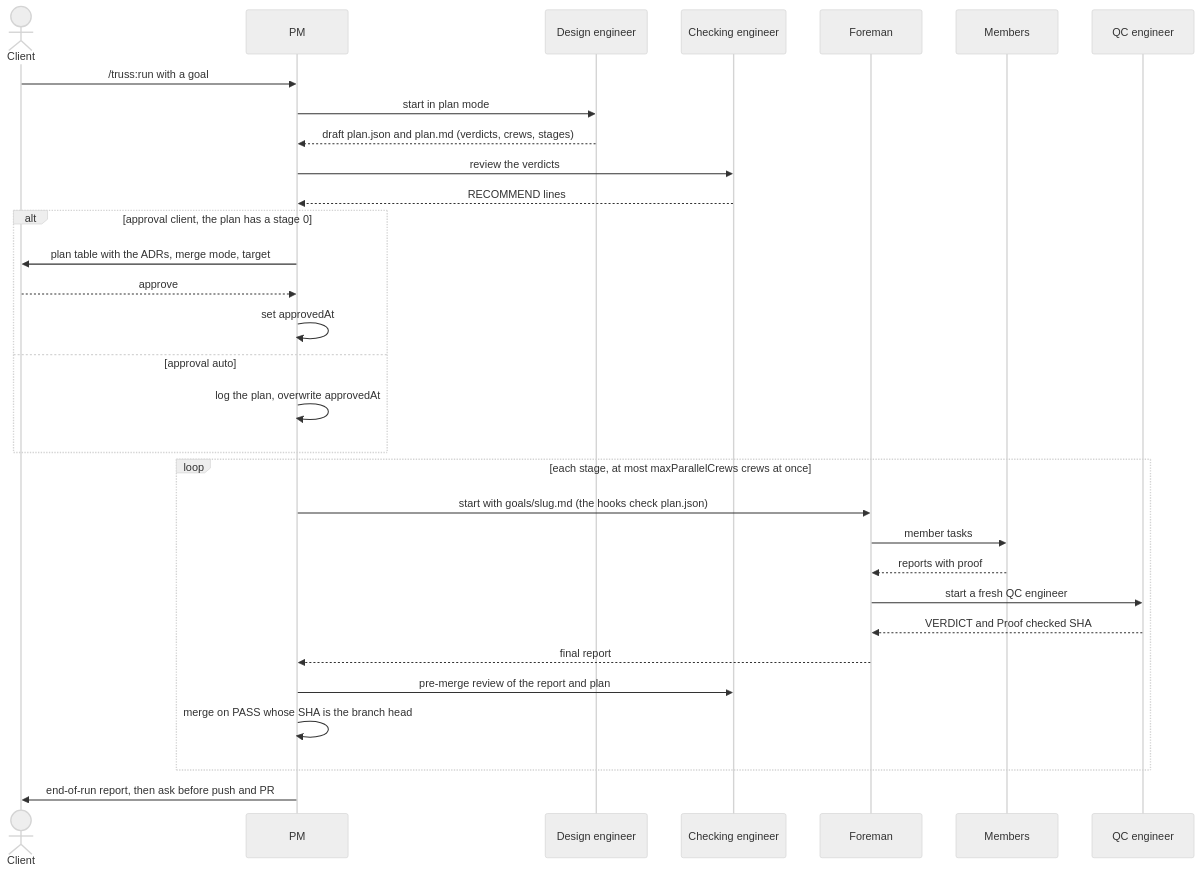
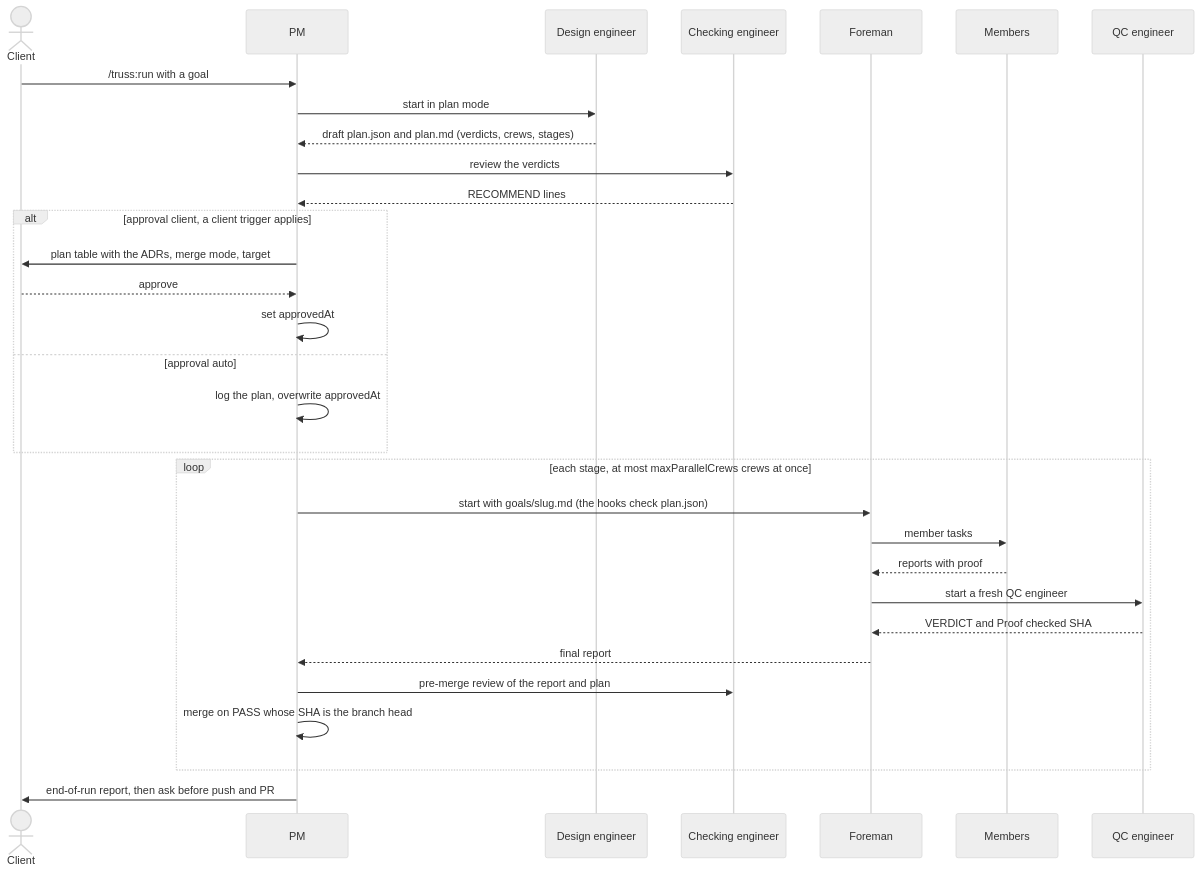
The fifth of 23 diagrams in plugins/truss/docs/architecture.md (AbhiramDwivedi/truss), drawn with Mermaid (neutral theme) before and after one commit. The commit also changed other lines of this file and 21 other files, not shown here.

````diff
--- a/plugins/truss/docs/architecture.md
+++ b/plugins/truss/docs/architecture.md
@@ -208,33 +208,33 @@
 ```mermaid
 sequenceDiagram
   actor Client
   participant F as PM
   participant A as Design engineer
   participant C as Checking engineer
   participant L as Foreman
   participant M as Members
   participant J as QC engineer
   Client->>F: /truss:run with a goal
   F->>A: start in plan mode
   A-->>F: draft plan.json and plan.md (verdicts, crews, stages)
   F->>C: review the verdicts
   C-->>F: RECOMMEND lines
-  alt approval client, the plan has a stage 0
+  alt approval client, a client trigger applies
     F->>Client: plan table with the ADRs, merge mode, target
     Client-->>F: approve
     F->>F: set approvedAt
   else approval auto
     F->>F: log the plan, overwrite approvedAt
   end
   loop each stage, at most maxParallelCrews crews at once
     F->>L: start with goals/slug.md (the hooks check plan.json)
     L->>M: member tasks
     M-->>L: reports with proof
     L->>J: start a fresh QC engineer
     J-->>L: VERDICT and Proof checked SHA
     L-->>F: final report
     F->>C: pre-merge review of the report and plan
     F->>F: merge on PASS whose SHA is the branch head
   end
   F->>Client: end-of-run report, then ask before push and PR
 ```
````
